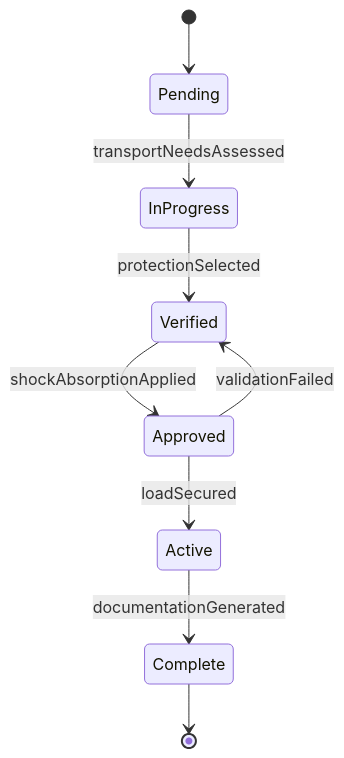
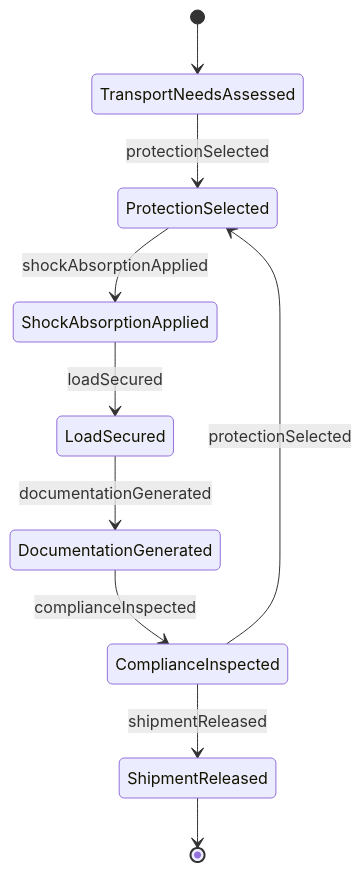
One commit to dot-org-ai/tasks.org.ai changed the second of 4 diagrams in HandlingAndMovingObjects/PackageObjects/PackageMaterialsTransport.mdx. Above: the diagram before and after it, drawn with Mermaid. The commit also changed other lines of this file and 515 other files, not shown here.

````diff
--- a/HandlingAndMovingObjects/PackageObjects/PackageMaterialsTransport.mdx
+++ b/HandlingAndMovingObjects/PackageObjects/PackageMaterialsTransport.mdx
@@ -100,11 +100,12 @@
 ```mermaid
 stateDiagram-v2
-    [*] --> Pending
-    Pending --> InProgress : transportNeedsAssessed
-    InProgress --> Verified : protectionSelected
-    Verified --> Approved : shockAbsorptionApplied
-    Approved --> Active : loadSecured
-    Active --> Complete : documentationGenerated
-    Approved --> Verified : validationFailed
-    Complete --> [*]
+    [*] --> TransportNeedsAssessed
+    TransportNeedsAssessed --> ProtectionSelected : protectionSelected
+    ProtectionSelected --> ShockAbsorptionApplied : shockAbsorptionApplied
+    ShockAbsorptionApplied --> LoadSecured : loadSecured
+    LoadSecured --> DocumentationGenerated : documentationGenerated
+    DocumentationGenerated --> ComplianceInspected : complianceInspected
+    ComplianceInspected --> ProtectionSelected : protectionSelected
+    ComplianceInspected --> ShipmentReleased : shipmentReleased
+    ShipmentReleased --> [*]
 ```
````
